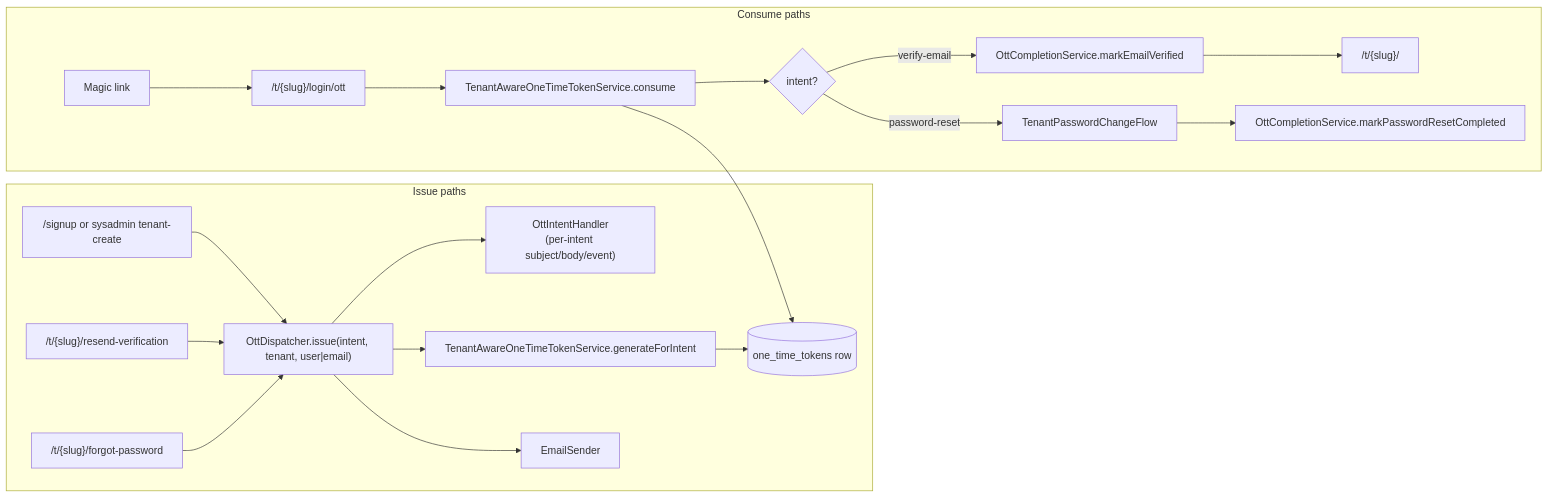
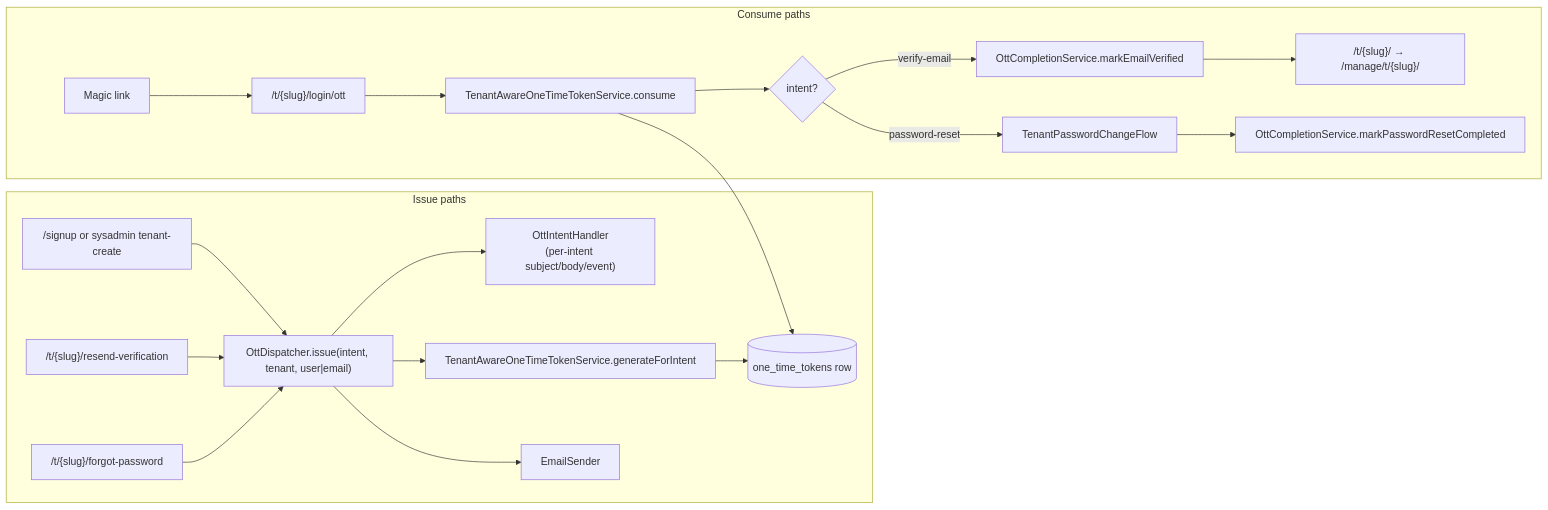
The sixth of 8 diagrams in docs/reference/architecture.md (stucray/limen), drawn with Mermaid before and after one commit. The commit also changed other lines of this file and 15 other files, not shown here.

````diff
--- a/docs/reference/architecture.md
+++ b/docs/reference/architecture.md
@@ -354,21 +354,21 @@
 ```mermaid
 flowchart LR
     subgraph "Issue paths"
       SU["/signup or sysadmin tenant-create"] --> DISP["OttDispatcher.issue(intent, tenant, user|email)"]
       RV["/t/{slug}/resend-verification"] --> DISP
       FP["/t/{slug}/forgot-password"] --> DISP
       DISP --> H["OttIntentHandler<br/>(per-intent subject/body/event)"]
       DISP --> SVC[TenantAwareOneTimeTokenService.generateForIntent]
       SVC --> ROW[(one_time_tokens row)]
       DISP --> ES[EmailSender]
     end
     subgraph "Consume paths"
       LINK[Magic link] --> SUB["/t/{slug}/login/ott"]
       SUB --> CON[TenantAwareOneTimeTokenService.consume]
       CON --> ROW
       CON --> CHECK{intent?}
-      CHECK -->|verify-email| MV[OttCompletionService.markEmailVerified] --> HOME["/t/{slug}/"]
+      CHECK -->|verify-email| MV[OttCompletionService.markEmailVerified] --> HOME["/t/{slug}/ → /manage/t/{slug}/"]
       CHECK -->|password-reset| TPCF[TenantPasswordChangeFlow]
       TPCF --> RC[OttCompletionService.markPasswordResetCompleted]
     end
 ```
````
